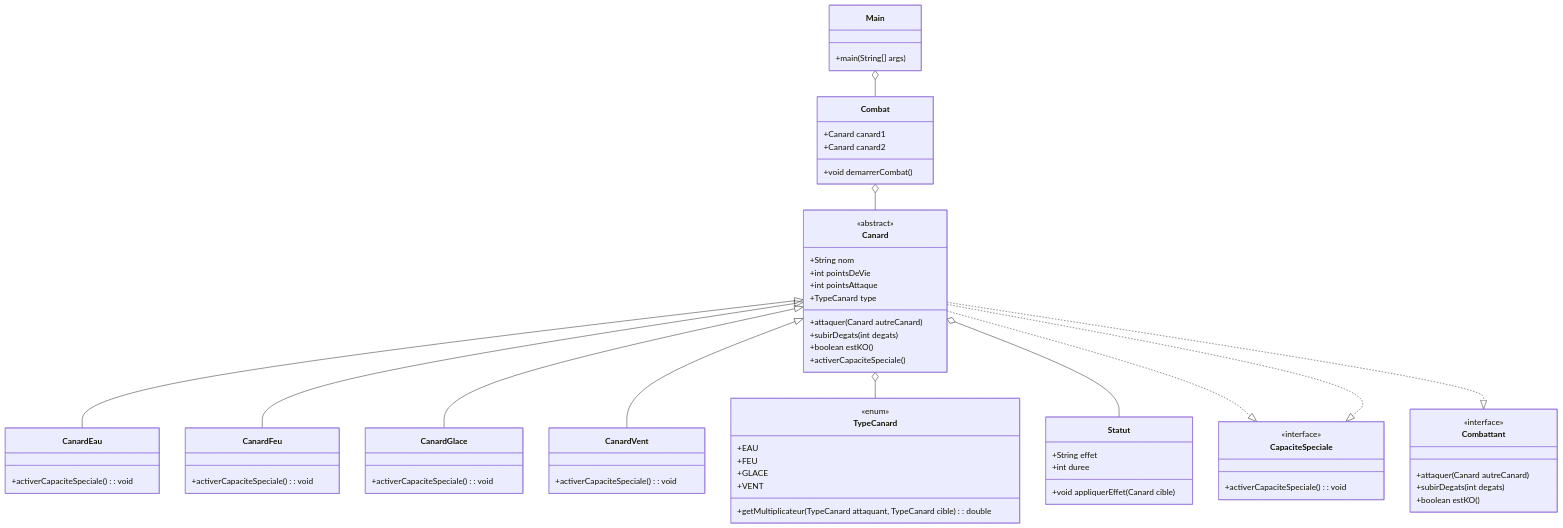
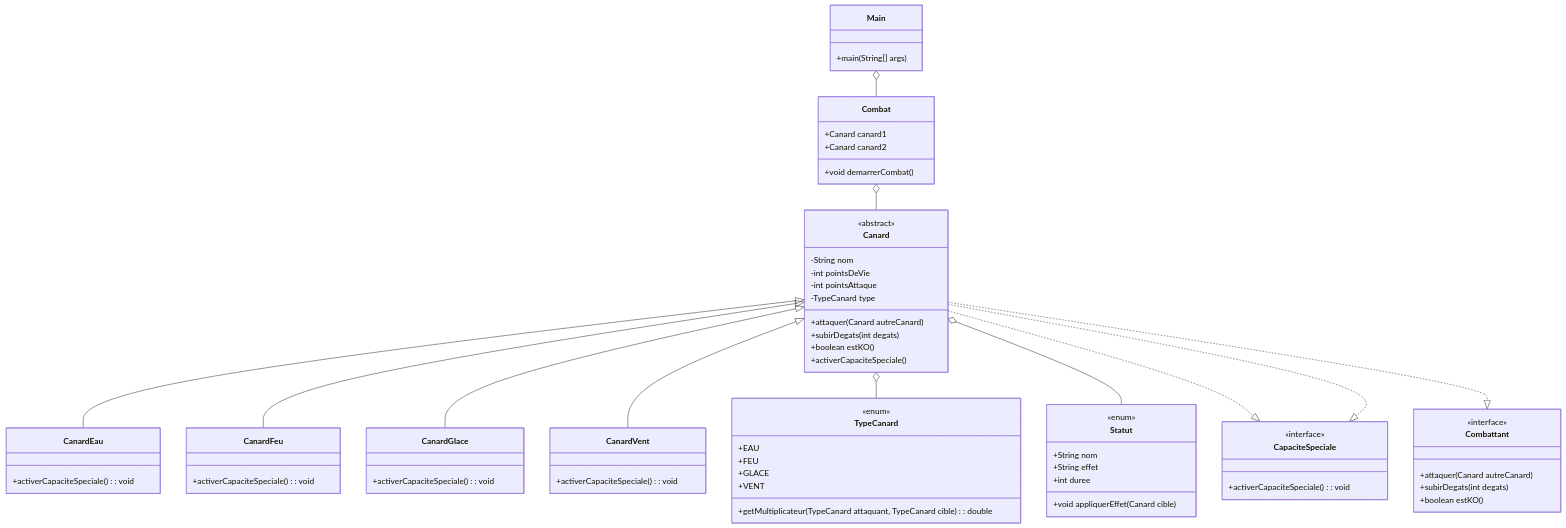
Before and after one commit to enievaR/projet-canard: the diagram in README.md, drawn with Mermaid. The commit also changed 6 other files, not shown here.

Commit message:
Ajout sauvegarde, menu, modification class canard et enum TypeCanard

````diff
--- a/README.md
+++ b/README.md
@@ -5,79 +5,81 @@
 ```mermaid
 classDiagram
     class Canard {
         <<abstract>>
-        +String nom
-        +int pointsDeVie
-        +int pointsAttaque
-        +TypeCanard type
+        -String nom
+        -int pointsDeVie
+        -int pointsAttaque
+        -TypeCanard type
         +attaquer(Canard autreCanard)
         +subirDegats(int degats)
         +boolean estKO()
         +activerCapaciteSpeciale()
     }
 
     class CanardEau {
         +activerCapaciteSpeciale(): void
     }
 
     class CanardFeu {
         +activerCapaciteSpeciale(): void
     }
 
     class CanardGlace {
         +activerCapaciteSpeciale(): void
     }
 
     class CanardVent {
         +activerCapaciteSpeciale(): void
     }
 
     class TypeCanard {
         <<enum>>
         +EAU
         +FEU
         +GLACE
         +VENT
         +getMultiplicateur(TypeCanard attaquant, TypeCanard cible): double
     }
 
     class Combat {
         +Canard canard1
         +Canard canard2
         +void demarrerCombat()
     }
 
     class Main {
         +main(String[] args)
     }
 
     class CapaciteSpeciale {
         <<interface>>
         +activerCapaciteSpeciale(): void
     }
 
     class Statut {
+        <<enum>>
+        +String nom
         +String effet
         +int duree
         +void appliquerEffet(Canard cible)
     }
 
     class Combattant {
         <<interface>>
         +attaquer(Canard autreCanard)
         +subirDegats(int degats)
         +boolean estKO()
     }
 
     Canard <|-- CanardEau
     Canard <|-- CanardFeu
     Canard <|-- CanardGlace
     Canard <|-- CanardVent
     Canard o-- TypeCanard
     Combat o-- Canard
     Main o-- Combat
     Canard o-- Statut
     Canard ..|> CapaciteSpeciale
     Canard ..|> Combattant
     Canard ..|> CapaciteSpeciale
 ```
````
